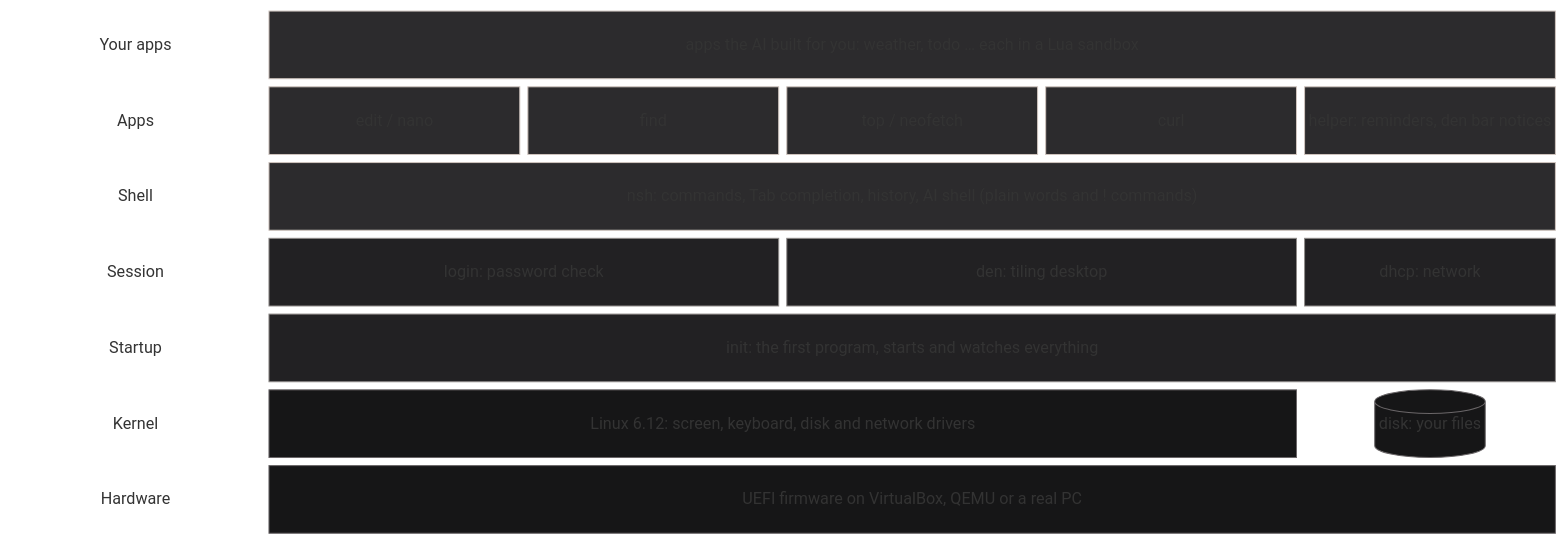
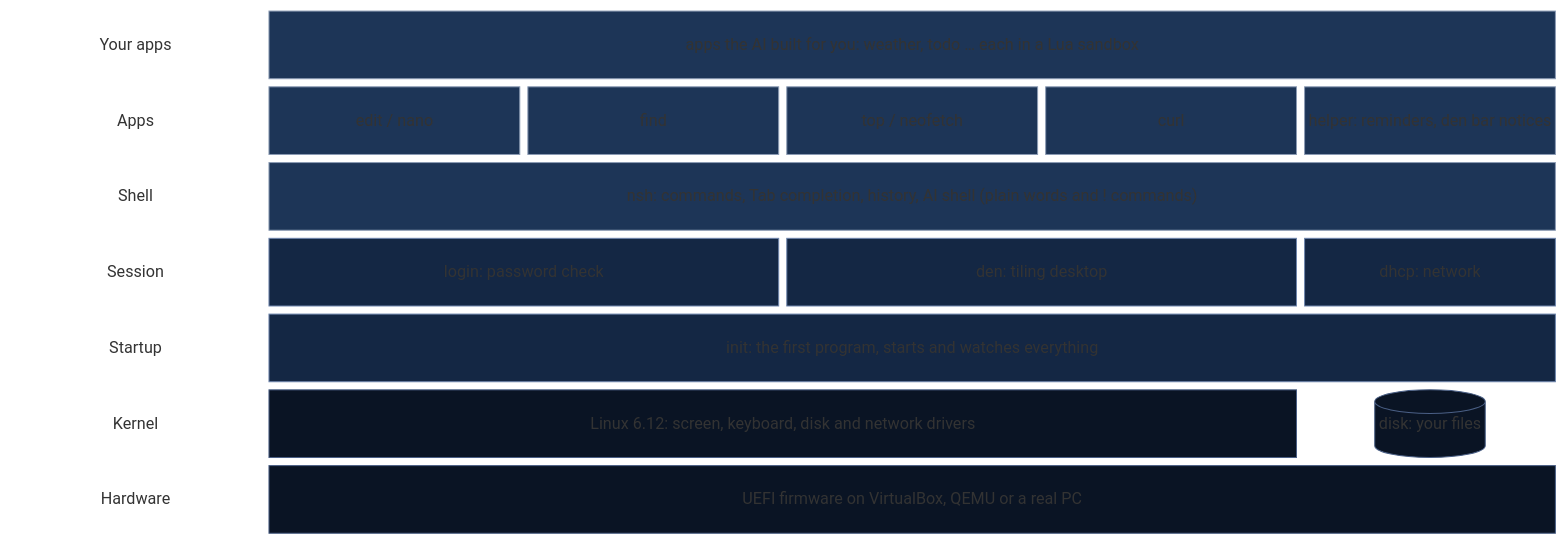
Before and after one commit to Adhishtanaka/thir: the second of 2 diagrams in README.md, drawn with Mermaid (forest theme). The commit also changed other lines of this file and 31 other files, not shown here.

````diff
--- a/README.md
+++ b/README.md
@@ -65,20 +66,20 @@
 ```mermaid
 block-beta
   columns 6
   l0["Your apps"] built["apps the AI built for you: weather, todo … each in a Lua sandbox"]:5
   l1["Apps"] edit["edit / nano"] find["find"] top["top / neofetch"] net["curl"] helper["helper: reminders, den bar notices"]
   l2["Shell"] shell["nsh: commands, Tab completion, history, AI shell (plain words and ! commands)"]:5
   l3["Session"] login["login: password check"]:2 den["den: tiling desktop"]:2 dhcp["dhcp: network"]
   l4["Startup"] init["init: the first program, starts and watches everything"]:5
   l5["Kernel"] kernel["Linux 6.12: screen, keyboard, disk and network drivers"]:4 disk[("disk: your files")]
   l6["Hardware"] hw["UEFI firmware on VirtualBox, QEMU or a real PC"]:5
 
-  classDef label fill:transparent,stroke:transparent,color:#8f8b89
-  classDef user fill:#2c2b2d,stroke:#cfc4be,color:#e3dfdc
-  classDef sys fill:#222123,stroke:#8f8b89,color:#e3dfdc
-  classDef core fill:#161617,stroke:#6a6668,color:#e3dfdc
+  classDef label fill:transparent,stroke:transparent,color:#8fa3c2
+  classDef user fill:#1d3557,stroke:#8b9bb4,color:#e8eefa
+  classDef sys fill:#142744,stroke:#6f86ad,color:#e8eefa
+  classDef core fill:#0a1424,stroke:#4a5f85,color:#e8eefa
   class l0,l1,l2,l3,l4,l5,l6 label
   class edit,find,top,net,shell,helper,built user
   class login,den,dhcp,init sys
   class kernel,hw,disk core
 ```
````
